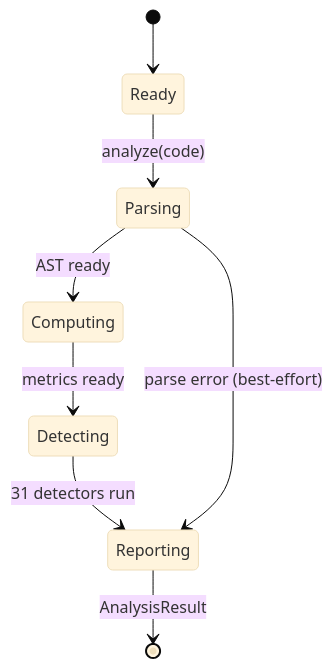
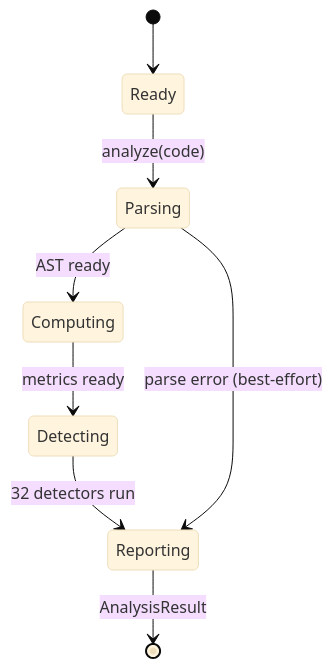
The fourth of 4 diagrams in docs/user-guide/languages/python.md (Anselmoo/mcp-zen-of-languages), drawn with Mermaid before and after one commit. The commit also changed other lines of this file and 13 other files, not shown here.

````diff
--- a/docs/user-guide/languages/python.md
+++ b/docs/user-guide/languages/python.md
@@ -630,11 +654,11 @@
     ```mermaid
     %%{init: {"theme": "base"}}%%
     stateDiagram-v2
         [*] --> Ready
         Ready --> Parsing : analyze(code)
         Parsing --> Computing : AST ready
         Computing --> Detecting : metrics ready
-        Detecting --> Reporting : 31 detectors run
+        Detecting --> Reporting : 32 detectors run
         Reporting --> [*] : AnalysisResult
         Parsing --> Reporting : parse error (best-effort)
     ```
````
